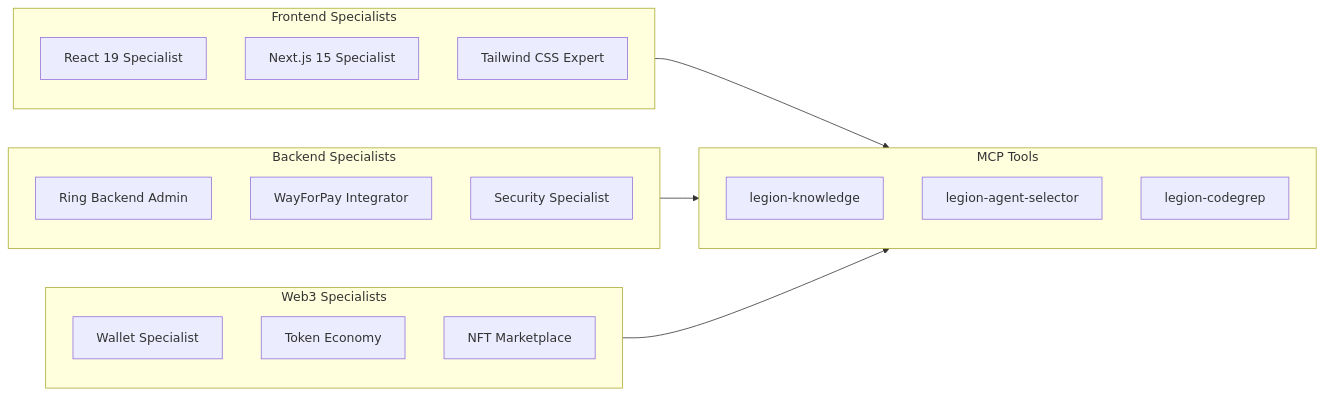
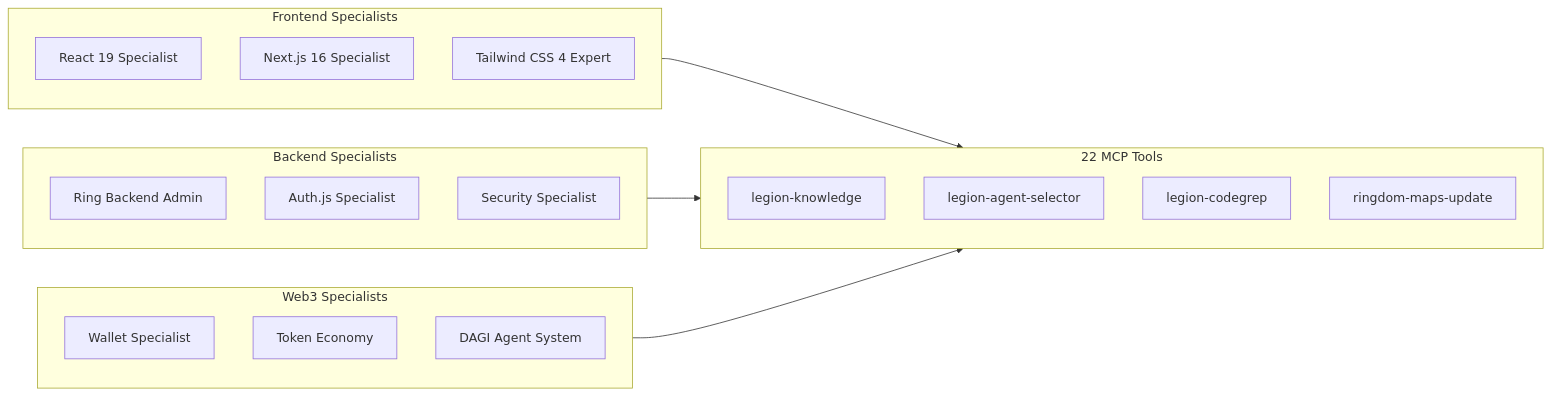
Before and after one commit to connectplatform/ring: the tenth of 10 diagrams in README.md, drawn with Mermaid. The commit also changed other lines of this file and 2 other files, not shown here.

Commit message:
v 1.50. - Support for Next.js 16, highlighting new features such as Turbopack and async params. - ROADMAP.md reflect the latest achievements and current status as of February 8, 2026.

````diff
--- a/README.md
+++ b/README.md
@@ -918,30 +975,31 @@
 ```mermaid
 flowchart LR
     subgraph Frontend["Frontend Specialists"]
         R19[React 19 Specialist]
-        N15[Next.js 15 Specialist]
-        TW[Tailwind CSS Expert]
+        N16[Next.js 16 Specialist]
+        TW[Tailwind CSS 4 Expert]
     end
     
     subgraph Backend["Backend Specialists"]
         DBA[Ring Backend Admin]
-        PAY[WayForPay Integrator]
+        AUTH[Auth.js Specialist]
         SEC[Security Specialist]
     end
     
     subgraph Web3["Web3 Specialists"]
         W3[Wallet Specialist]
         TOK[Token Economy]
-        NFT[NFT Marketplace]
+        DAGI[DAGI Agent System]
     end
     
-    subgraph Tools["MCP Tools"]
+    subgraph Tools["22 MCP Tools"]
         LK[legion-knowledge]
         AS[legion-agent-selector]
         CG[legion-codegrep]
+        MAP[ringdom-maps-update]
     end
     
     Frontend --> Tools
     Backend --> Tools
     Web3 --> Tools
 ```
````
